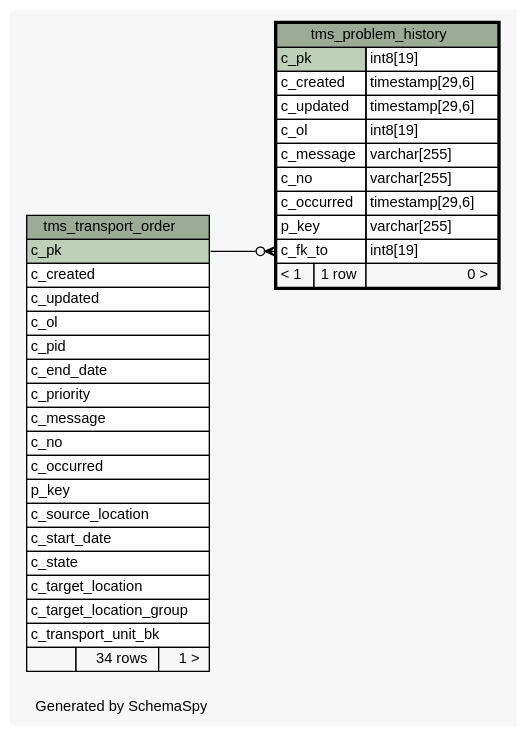
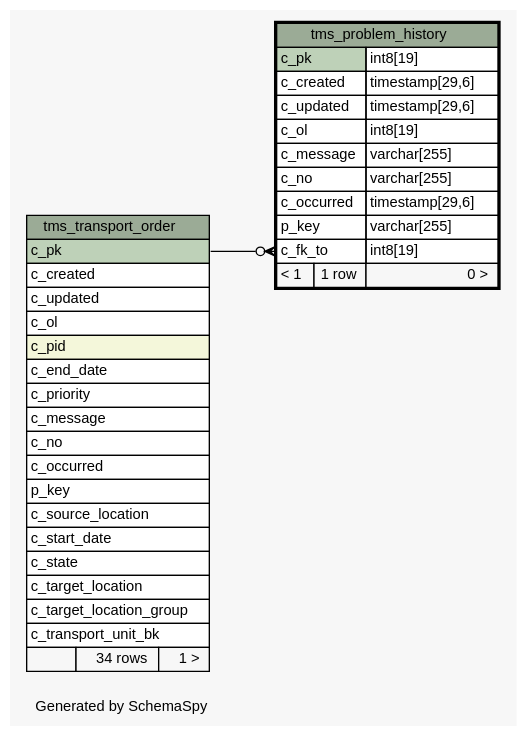
One commit to openwms/org.openwms.tms.transportation changed the diagram in 2.0.0-SNAPSHOT/schemaspy/diagrams/tms_problem_history.1degree.dot. Above: the diagram before and after it, drawn with Graphviz. The commit also changed 270 other files, not shown here.

```diff
--- a/2.0.0-SNAPSHOT/schemaspy/diagrams/tms_problem_history.1degree.dot
+++ b/2.0.0-SNAPSHOT/schemaspy/diagrams/tms_problem_history.1degree.dot
@@ -1,67 +1,67 @@
-// dot 2.43.0 on Linux 5.11.0-1028-azure
+// dot 2.43.0 on Linux 5.13.0-1017-azure
 // SchemaSpy rev Unknown
 digraph "oneDegreeRelationshipsDiagram" {
   graph [
     rankdir="RL"
     bgcolor="#f7f7f7"
     label="\nGenerated by SchemaSpy"
     labeljust="l"
     nodesep="0.18"
     ranksep="0.46"
     fontname="Helvetica"
     fontsize="11"
   ];
   node [
     fontname="Helvetica"
     fontsize="11"
     shape="plaintext"
   ];
   edge [
     arrowsize="0.8"
   ];
   "tms_problem_history":"c_fk_to":w -> "tms_transport_order":"c_pk":e [arrowhead=none dir=back arrowtail=crowodot];
   "tms_problem_history" [
     label=<
     <TABLE BORDER="2" CELLBORDER="1" CELLSPACING="0" BGCOLOR="#ffffff">
       <TR><TD COLSPAN="3" BGCOLOR="#9bab96" ALIGN="CENTER">tms_problem_history</TD></TR>
       <TR><TD PORT="c_pk" COLSPAN="2" BGCOLOR="#bed1b8" ALIGN="LEFT">c_pk</TD><TD PORT="c_pk.type" ALIGN="LEFT">int8[19]</TD></TR>
       <TR><TD PORT="c_created" COLSPAN="2" ALIGN="LEFT">c_created</TD><TD PORT="c_created.type" ALIGN="LEFT">timestamp[29,6]</TD></TR>
       <TR><TD PORT="c_updated" COLSPAN="2" ALIGN="LEFT">c_updated</TD><TD PORT="c_updated.type" ALIGN="LEFT">timestamp[29,6]</TD></TR>
       <TR><TD PORT="c_ol" COLSPAN="2" ALIGN="LEFT">c_ol</TD><TD PORT="c_ol.type" ALIGN="LEFT">int8[19]</TD></TR>
       <TR><TD PORT="c_message" COLSPAN="2" ALIGN="LEFT">c_message</TD><TD PORT="c_message.type" ALIGN="LEFT">varchar[255]</TD></TR>
       <TR><TD PORT="c_no" COLSPAN="2" ALIGN="LEFT">c_no</TD><TD PORT="c_no.type" ALIGN="LEFT">varchar[255]</TD></TR>
       <TR><TD PORT="c_occurred" COLSPAN="2" ALIGN="LEFT">c_occurred</TD><TD PORT="c_occurred.type" ALIGN="LEFT">timestamp[29,6]</TD></TR>
       <TR><TD PORT="p_key" COLSPAN="2" ALIGN="LEFT">p_key</TD><TD PORT="p_key.type" ALIGN="LEFT">varchar[255]</TD></TR>
       <TR><TD PORT="c_fk_to" COLSPAN="2" ALIGN="LEFT">c_fk_to</TD><TD PORT="c_fk_to.type" ALIGN="LEFT">int8[19]</TD></TR>
       <TR><TD ALIGN="LEFT" BGCOLOR="#f7f7f7">&lt; 1</TD><TD ALIGN="RIGHT" BGCOLOR="#f7f7f7">1 row</TD><TD ALIGN="RIGHT" BGCOLOR="#f7f7f7">0 &gt;</TD></TR>
     </TABLE>>
     URL="tms_problem_history.html"
     tooltip="tms_problem_history"
   ];
   "tms_transport_order" [
     label=<
     <TABLE BORDER="0" CELLBORDER="1" CELLSPACING="0" BGCOLOR="#ffffff">
       <TR><TD COLSPAN="3" BGCOLOR="#9bab96" ALIGN="CENTER">tms_transport_order</TD></TR>
       <TR><TD PORT="c_pk" COLSPAN="3" BGCOLOR="#bed1b8" ALIGN="LEFT">c_pk</TD></TR>
       <TR><TD PORT="c_created" COLSPAN="3" ALIGN="LEFT">c_created</TD></TR>
       <TR><TD PORT="c_updated" COLSPAN="3" ALIGN="LEFT">c_updated</TD></TR>
       <TR><TD PORT="c_ol" COLSPAN="3" ALIGN="LEFT">c_ol</TD></TR>
-      <TR><TD PORT="c_pid" COLSPAN="3" ALIGN="LEFT">c_pid</TD></TR>
+      <TR><TD PORT="c_pid" COLSPAN="3" BGCOLOR="#f4f7da" ALIGN="LEFT">c_pid</TD></TR>
       <TR><TD PORT="c_end_date" COLSPAN="3" ALIGN="LEFT">c_end_date</TD></TR>
       <TR><TD PORT="c_priority" COLSPAN="3" ALIGN="LEFT">c_priority</TD></TR>
       <TR><TD PORT="c_message" COLSPAN="3" ALIGN="LEFT">c_message</TD></TR>
       <TR><TD PORT="c_no" COLSPAN="3" ALIGN="LEFT">c_no</TD></TR>
       <TR><TD PORT="c_occurred" COLSPAN="3" ALIGN="LEFT">c_occurred</TD></TR>
       <TR><TD PORT="p_key" COLSPAN="3" ALIGN="LEFT">p_key</TD></TR>
       <TR><TD PORT="c_source_location" COLSPAN="3" ALIGN="LEFT">c_source_location</TD></TR>
       <TR><TD PORT="c_start_date" COLSPAN="3" ALIGN="LEFT">c_start_date</TD></TR>
       <TR><TD PORT="c_state" COLSPAN="3" ALIGN="LEFT">c_state</TD></TR>
       <TR><TD PORT="c_target_location" COLSPAN="3" ALIGN="LEFT">c_target_location</TD></TR>
       <TR><TD PORT="c_target_location_group" COLSPAN="3" ALIGN="LEFT">c_target_location_group</TD></TR>
       <TR><TD PORT="c_transport_unit_bk" COLSPAN="3" ALIGN="LEFT">c_transport_unit_bk</TD></TR>
       <TR><TD ALIGN="LEFT" BGCOLOR="#f7f7f7">  </TD><TD ALIGN="RIGHT" BGCOLOR="#f7f7f7">34 rows</TD><TD ALIGN="RIGHT" BGCOLOR="#f7f7f7">1 &gt;</TD></TR>
     </TABLE>>
     URL="tms_transport_order.html"
     tooltip="tms_transport_order"
   ];
 }
```
